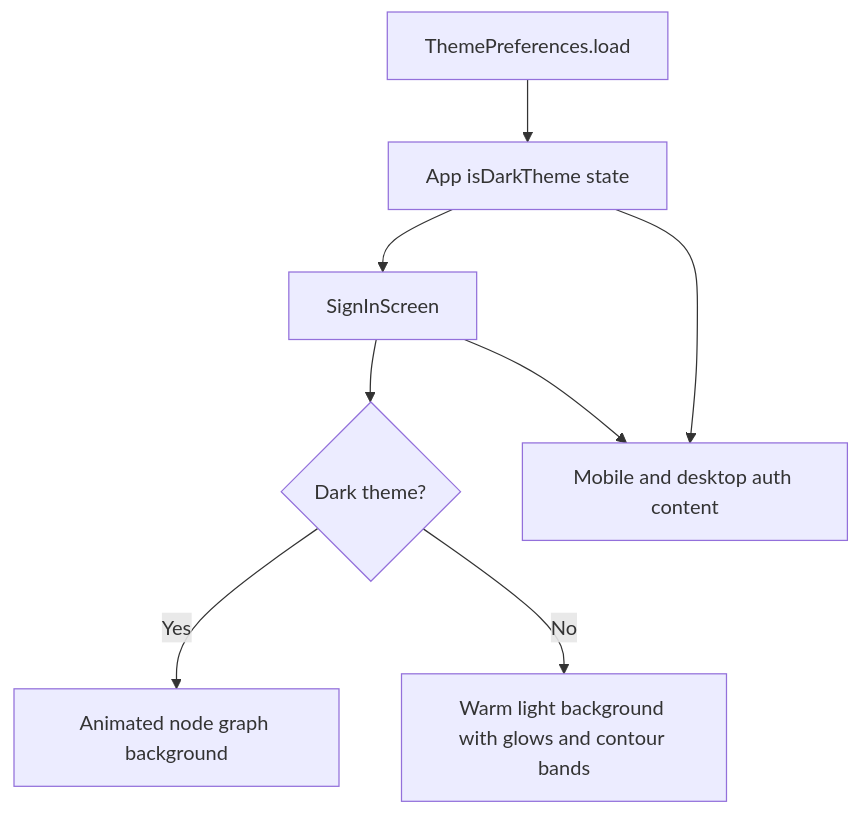
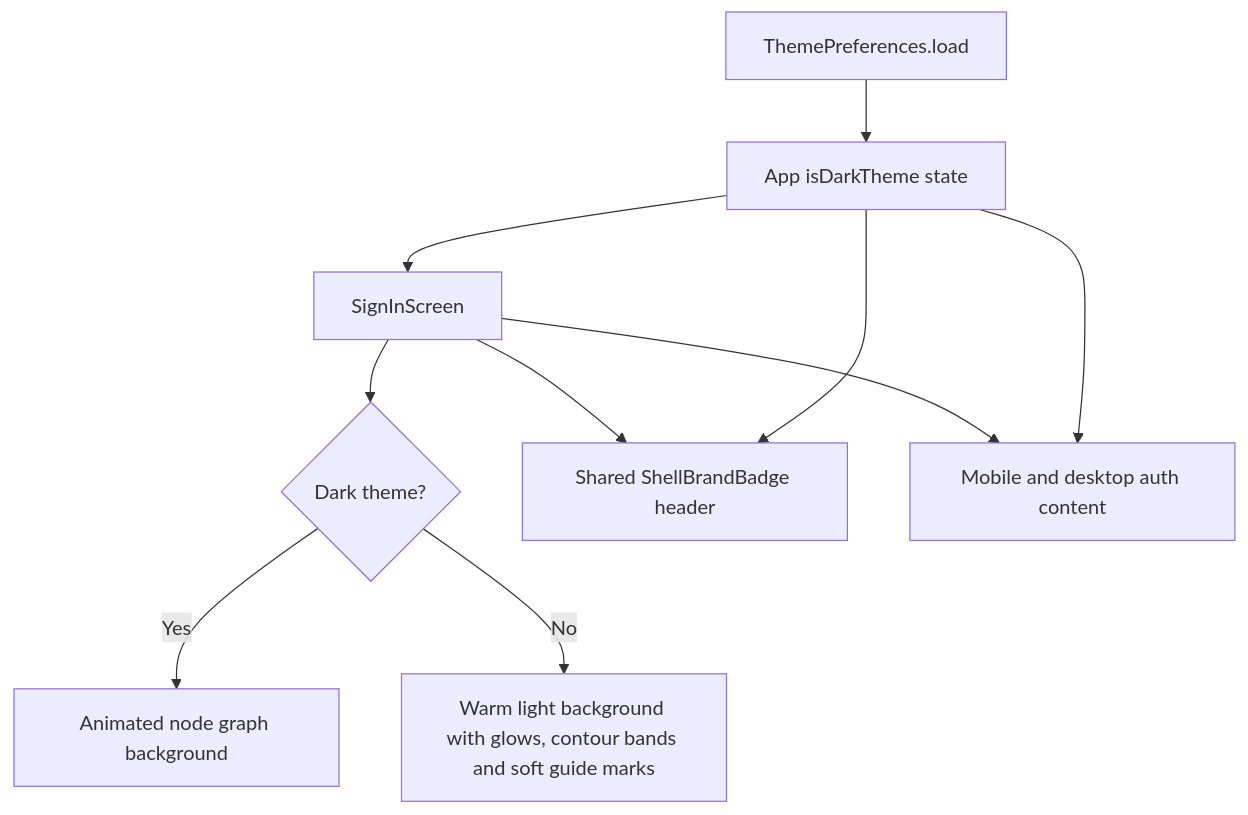
One commit to normansanchezn/ShellAtlas-Doc changed the diagram in obsidian-vault/08-diagrams/Auth Theme Background Flow.md. Above: the diagram before and after it, drawn with Mermaid. The commit also changed 26 other files, not shown here.

````diff
--- a/obsidian-vault/08-diagrams/Auth Theme Background Flow.md
+++ b/obsidian-vault/08-diagrams/Auth Theme Background Flow.md
@@ -15,10 +15,12 @@
 ```mermaid
 flowchart TD
     A[ThemePreferences.load] --> B[App isDarkTheme state]
     B --> C[SignInScreen]
     C --> D{Dark theme?}
     D -->|Yes| E[Animated node graph background]
-    D -->|No| F[Warm light background with glows and contour bands]
-    C --> G[Mobile and desktop auth content]
+    D -->|No| F[Warm light background with glows, contour bands and soft guide marks]
+    C --> G[Shared ShellBrandBadge header]
+    C --> H[Mobile and desktop auth content]
     B --> G
+    B --> H
 ```
````
